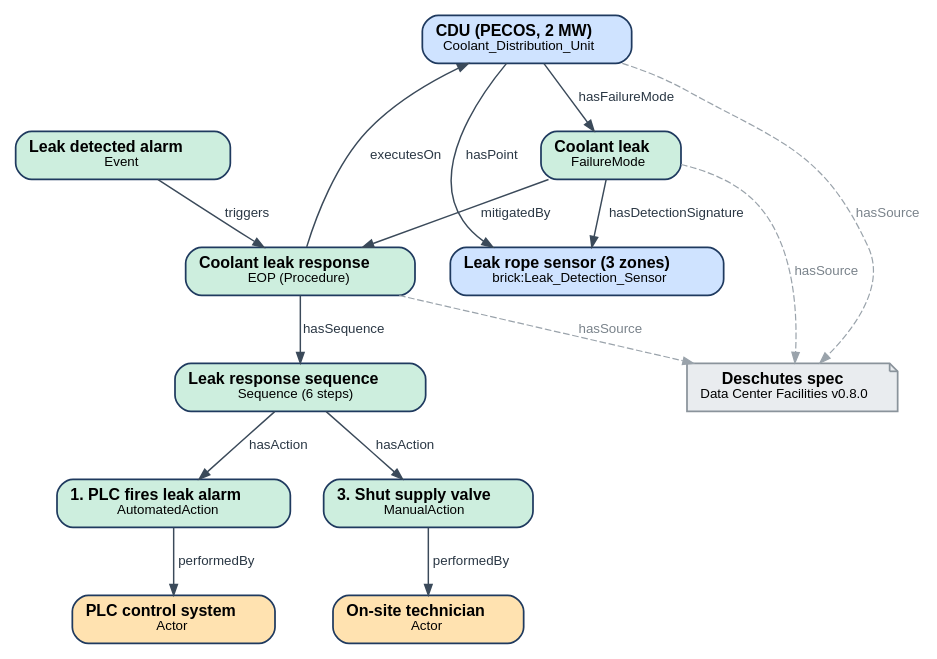
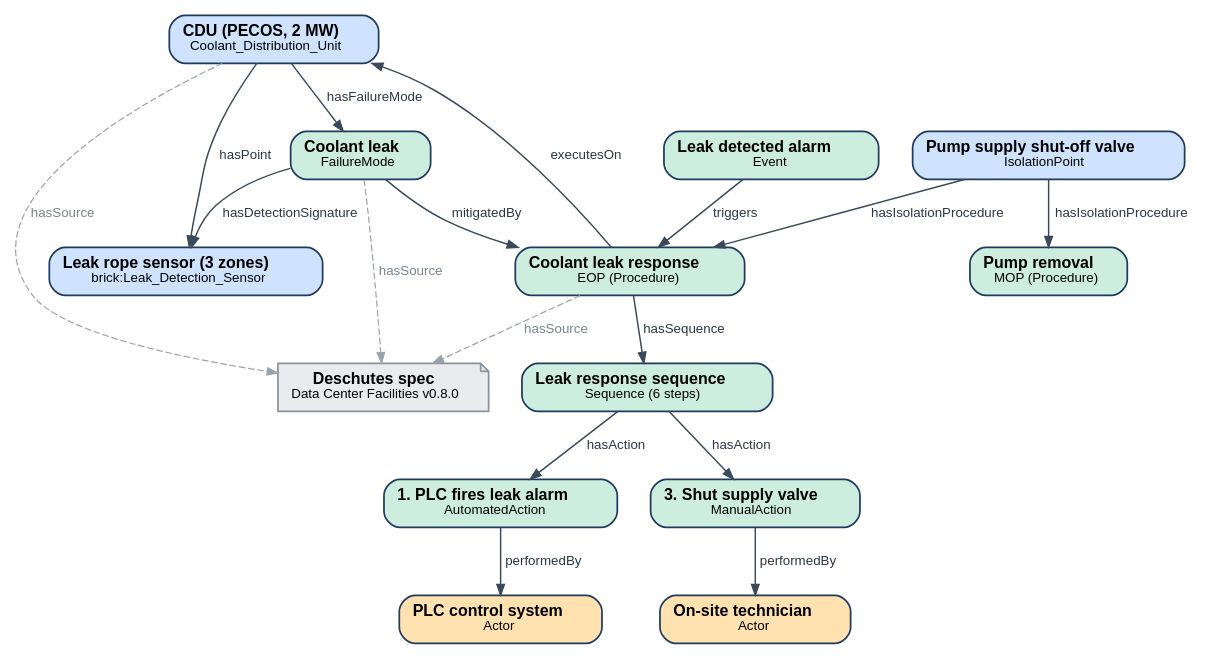
One commit to Visum-ai/aif-ops changed the diagram in docs/fig-deschutes-leak-eop.dot. Above: the diagram before and after it, drawn with Graphviz. The commit also changed 4 other files, not shown here.

First line of the commit message:
docs(deschutes): link pump supply valve isolation point to leak response EOP

```diff
--- a/docs/fig-deschutes-leak-eop.dot
+++ b/docs/fig-deschutes-leak-eop.dot
@@ -1,54 +1,58 @@
 // OCP Project Deschutes CDU worked example, part A: the coolant leak response EOP,
 // showing the automated/manual boundary (PLC vs technician).
 // Every node and edge is verbatim from examples/ocp-deschutes-extraction.ttl.
 // Render: dot -Tpng -Gdpi=200 fig-deschutes-leak-eop.dot -o fig-deschutes-leak-eop.png
 digraph deschutes_leak_eop {
   rankdir=TB;
   bgcolor="white";
   splines=true;
   nodesep=0.35;
   ranksep=0.55;
   fontname="Helvetica";
   node [shape=box, style="rounded,filled", fontname="Helvetica", fontsize=12,
         margin="0.14,0.09", penwidth=1.3, color="#1f3a5f"];
   edge [fontname="Helvetica", fontsize=10, color="#3b4a5a", fontcolor="#2a3744",
         arrowsize=0.8, penwidth=1.1];
 
   // Brick / equipment (blue)
   CDU      [label=<<b>CDU (PECOS, 2 MW)</b><br/><font point-size="10">Coolant_Distribution_Unit</font>>, fillcolor="#cfe3ff"];
   LeakRope [label=<<b>Leak rope sensor (3 zones)</b><br/><font point-size="10">brick:Leak_Detection_Sensor</font>>, fillcolor="#cfe3ff"];
 
   // aif-ops operational entities (teal)
   FM  [label=<<b>Coolant leak</b><br/><font point-size="10">FailureMode</font>>, fillcolor="#cdeede"];
   EVT [label=<<b>Leak detected alarm</b><br/><font point-size="10">Event</font>>, fillcolor="#cdeede"];
   EOP [label=<<b>Coolant leak response</b><br/><font point-size="10">EOP (Procedure)</font>>, fillcolor="#cdeede"];
   SEQ [label=<<b>Leak response sequence</b><br/><font point-size="10">Sequence (6 steps)</font>>, fillcolor="#cdeede"];
   A1  [label=<<b>1. PLC fires leak alarm</b><br/><font point-size="10">AutomatedAction</font>>, fillcolor="#cdeede"];
   A3  [label=<<b>3. Shut supply valve</b><br/><font point-size="10">ManualAction</font>>, fillcolor="#cdeede"];
+  IP  [label=<<b>Pump supply shut-off valve</b><br/><font point-size="10">IsolationPoint</font>>, fillcolor="#cfe3ff"];
+  MOP [label=<<b>Pump removal</b><br/><font point-size="10">MOP (Procedure)</font>>, fillcolor="#cdeede"];
 
   // Actors (amber)
   PLC  [label=<<b>PLC control system</b><br/><font point-size="10">Actor</font>>, fillcolor="#ffe2b0"];
   TECH [label=<<b>On-site technician</b><br/><font point-size="10">Actor</font>>, fillcolor="#ffe2b0"];
 
   // Source document (gray) stand-in
   SRC [label=<<b>Deschutes spec</b><br/><font point-size="10">Data Center Facilities v0.8.0</font>>, fillcolor="#e9ecef", color="#8a939b", shape=note];
 
   CDU -> FM       [label="hasFailureMode"];
   CDU -> LeakRope [label="hasPoint"];
   FM  -> LeakRope [label="hasDetectionSignature"];
   FM  -> EOP      [label="mitigatedBy"];
   EVT -> EOP      [label="triggers"];
   EOP -> CDU      [label="executesOn"];
   EOP -> SEQ      [label="hasSequence"];
   SEQ -> A1       [label="hasAction"];
   SEQ -> A3       [label="hasAction"];
   A1  -> PLC      [label="performedBy"];
   A3  -> TECH     [label="performedBy"];
+  IP  -> EOP      [label="hasIsolationProcedure"];
+  IP  -> MOP      [label="hasIsolationProcedure"];
 
   edge [style=dashed, color="#9aa3ab", fontcolor="#7a838b", penwidth=0.9];
   CDU -> SRC [label="hasSource"];
   FM  -> SRC [label="hasSource"];
   EOP -> SRC [label="hasSource"];
 
   { rank=same; PLC; TECH; }
 }
```
